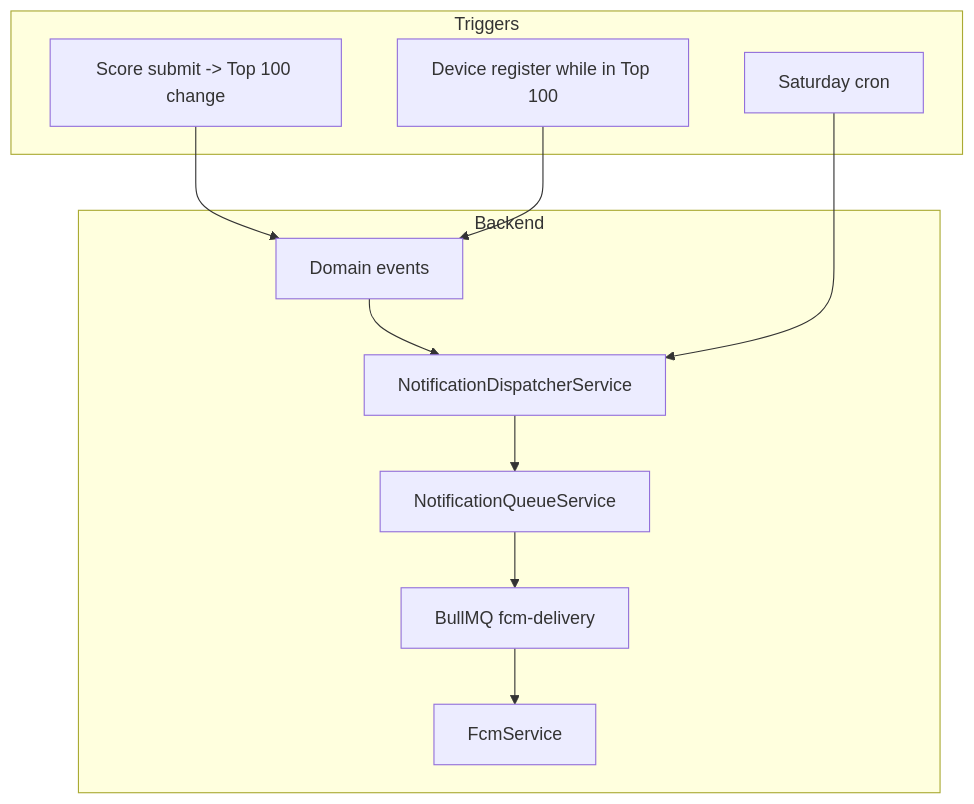
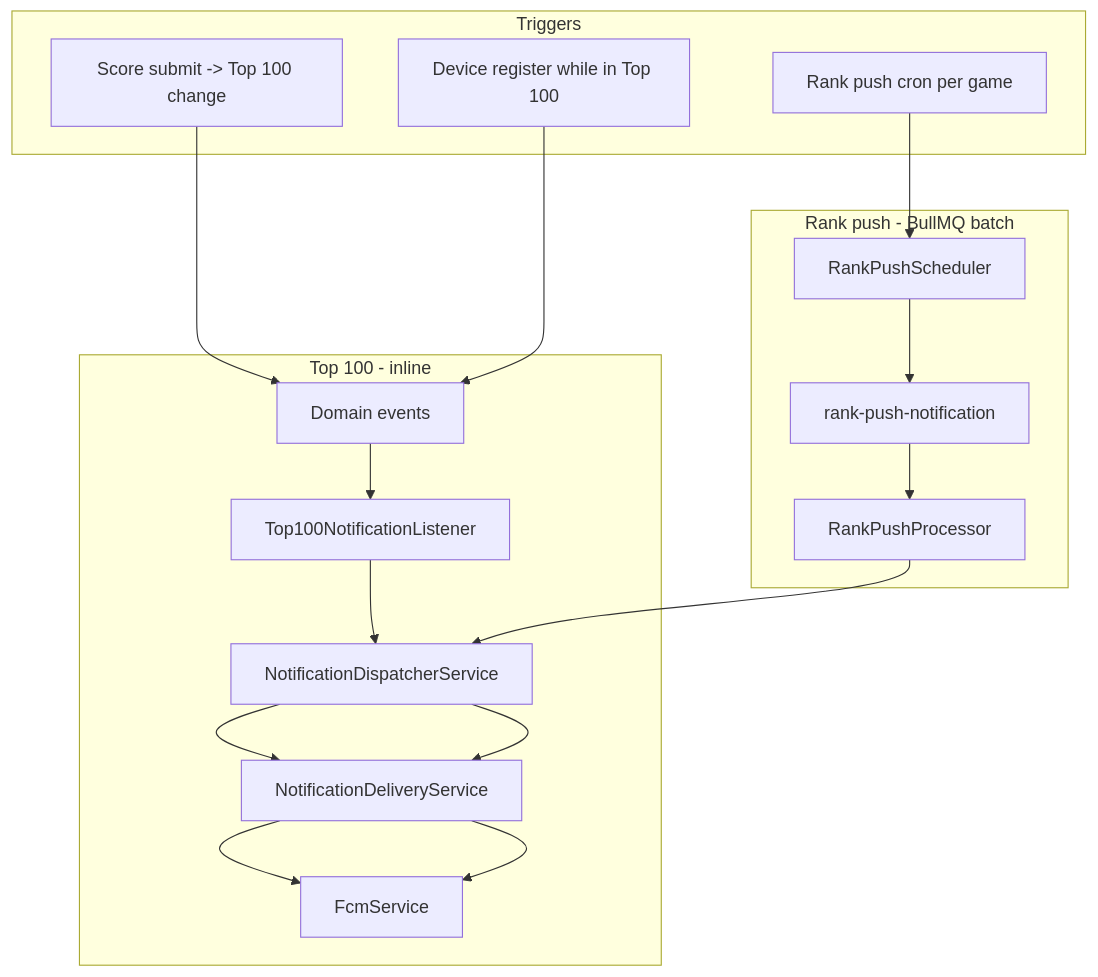
One commit to kevinvuong-mim/game-api changed the diagram in documents/architecture/notifications.md. Above: the diagram before and after it, drawn with Mermaid. The commit also changed other lines of this file and 47 other files, not shown here.

````diff
--- a/documents/architecture/notifications.md
+++ b/documents/architecture/notifications.md
@@ -8,20 +8,26 @@
 ```mermaid
 flowchart TB
     subgraph triggers [Triggers]
         T1[Score submit -> Top 100 change]
         T2[Device register while in Top 100]
-        T3[Saturday cron]
+        T3[Rank push cron per game]
     end
 
-    subgraph backend [Backend]
+    subgraph top100 [Top 100 - inline]
         E[Domain events]
+        L[Top100NotificationListener]
         D[NotificationDispatcherService]
-        Q[NotificationQueueService]
-        B[BullMQ fcm-delivery]
+        Del[NotificationDeliveryService]
         F[FcmService]
     end
 
-    T1 --> E --> D --> Q --> B --> F
+    subgraph rankPush [Rank push - BullMQ batch]
+        S[RankPushScheduler]
+        Q[rank-push-notification]
+        P[RankPushProcessor]
+    end
+
+    T1 --> E --> L --> D --> Del --> F
     T2 --> E
-    T3 --> D
+    T3 --> S --> Q --> P --> D --> Del --> F
 ```
````
